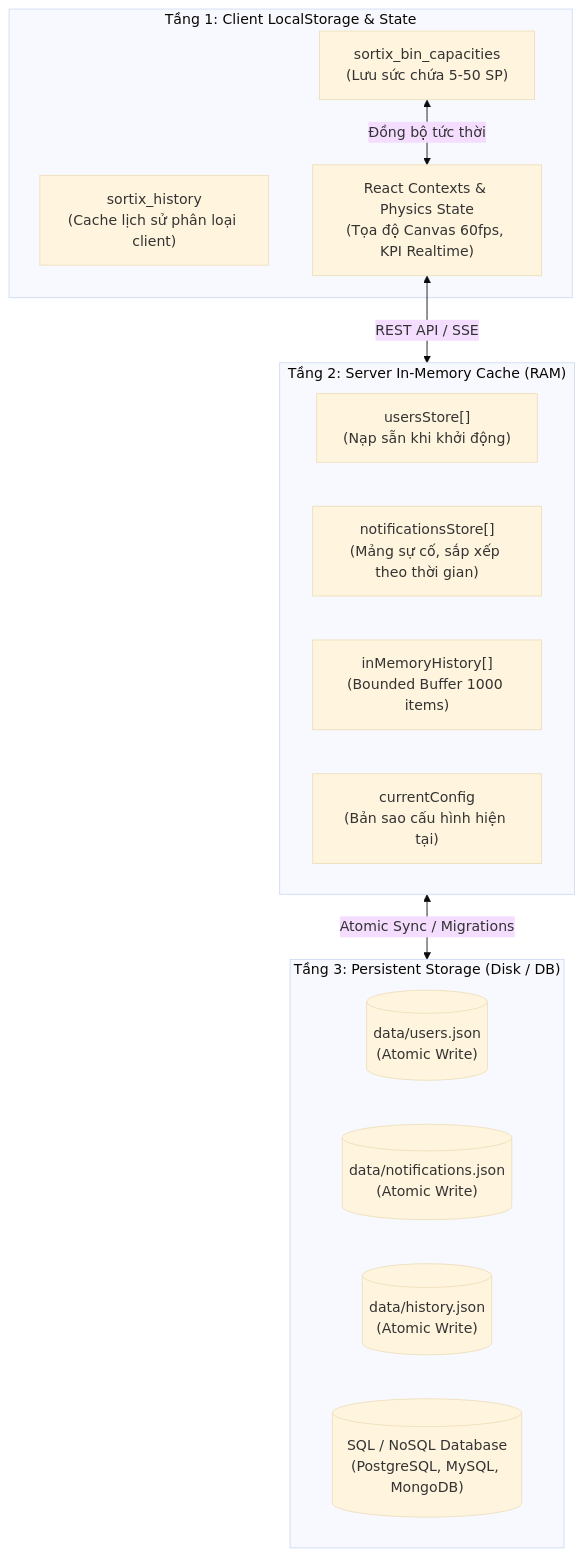
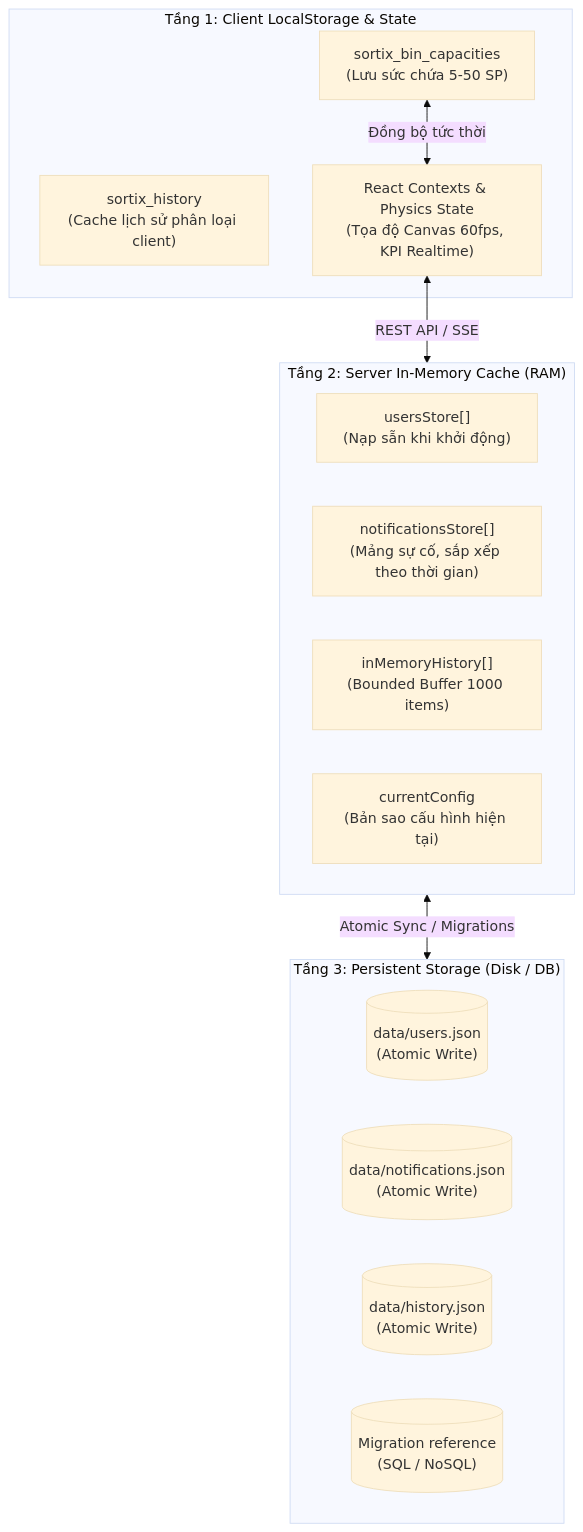
Before and after one commit to duyphong375/SortiX-Dashboard: the sixth of 6 diagrams in README.md, drawn with Mermaid (base theme). The commit also changed other lines of this file and 33 other files, not shown here.

````diff
--- a/README.md
+++ b/README.md
@@ -468,26 +521,26 @@
 ```mermaid
 flowchart TD
     subgraph TIER_1["Tầng 1: Client LocalStorage & State"]
         LS1["sortix_bin_capacities\n(Lưu sức chứa 5-50 SP)"]
         LS2["sortix_history\n(Cache lịch sử phân loại client)"]
         REACT_CTX["React Contexts & Physics State\n(Tọa độ Canvas 60fps, KPI Realtime)"]
     end
 
     subgraph TIER_2["Tầng 2: Server In-Memory Cache (RAM)"]
         MEM_USERS["usersStore[]\n(Nạp sẵn khi khởi động)"]
         MEM_NOTIF["notificationsStore[]\n(Mảng sự cố, sắp xếp theo thời gian)"]
         MEM_HIST["inMemoryHistory[]\n(Bounded Buffer 1000 items)"]
         MEM_CONF["currentConfig\n(Bản sao cấu hình hiện tại)"]
     end
 
     subgraph TIER_3["Tầng 3: Persistent Storage (Disk / DB)"]
         DISK_USERS[("data/users.json\n(Atomic Write)")]
         DISK_NOTIF[("data/notifications.json\n(Atomic Write)")]
         DISK_HIST[("data/history.json\n(Atomic Write)")]
-        SQL_DB[("SQL / NoSQL Database\n(PostgreSQL, MySQL, MongoDB)")]
+        SQL_DB[("Migration reference\n(SQL / NoSQL)")]
     end
 
     REACT_CTX <-->|REST API / SSE| TIER_2
     LS1 <-->|Đồng bộ tức thời| REACT_CTX
     TIER_2 <-->|Atomic Sync / Migrations| TIER_3
 ```
````
